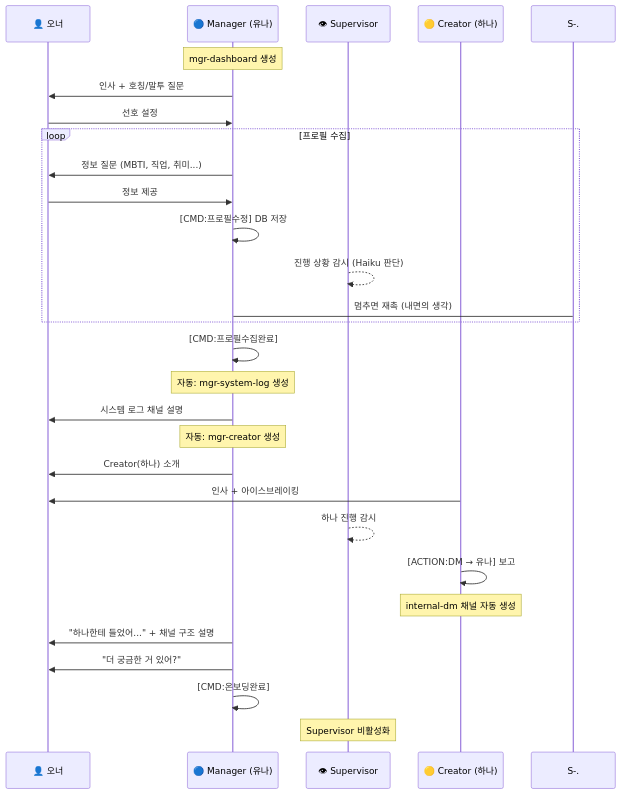
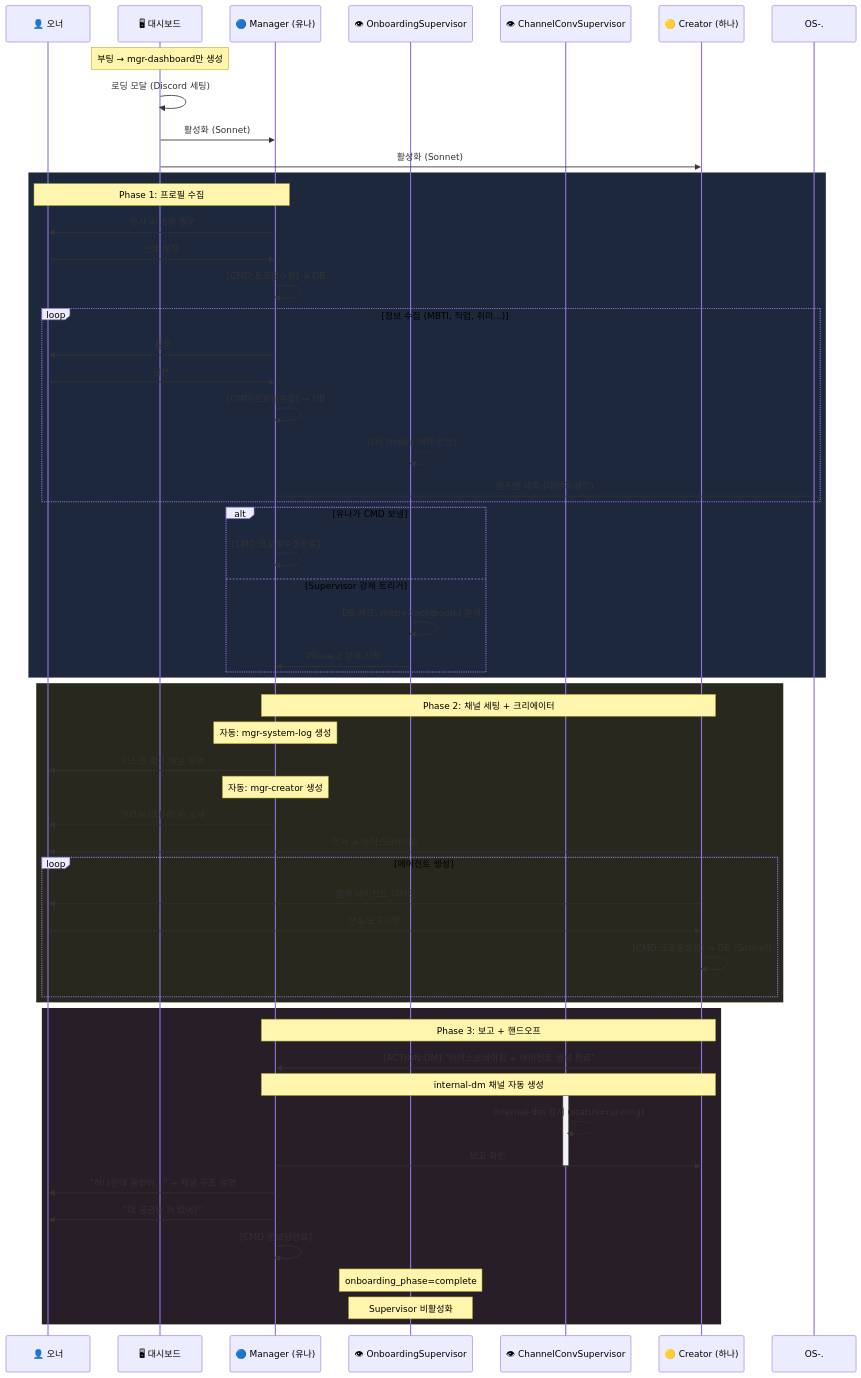
The third of 5 diagrams in README.ko.md (je-empty/Glimi), drawn with Mermaid before and after one commit. The commit also changed 1 other file, not shown here.

Commit message:
README: 온보딩 시퀀스 다이어그램 대폭 상세화 (3 Phase + Supervisor 연동)

````diff
--- a/README.ko.md
+++ b/README.ko.md
@@ -162,36 +162,67 @@
 ```mermaid
 sequenceDiagram
     participant U as 👤 오너
+    participant D as 🖥 대시보드
     participant Y as 🔵 Manager (유나)
-    participant S as 👁 Supervisor
+    participant OS as 👁 OnboardingSupervisor
+    participant CS as 👁 ChannelConvSupervisor
     participant H as 🟡 Creator (하나)
 
-    Note over Y: mgr-dashboard 생성
+    Note over D: 부팅 → mgr-dashboard만 생성
+    D->>D: 로딩 모달 (Discord 세팅)
+    D->>Y: 활성화 (Sonnet)
+    D->>H: 활성화 (Sonnet)
 
-    Y->>U: 인사 + 호칭/말투 질문
-    U->>Y: 선호 설정
+    rect rgb(30, 40, 60)
+        Note over Y,U: Phase 1: 프로필 수집
+        Y->>U: 인사 + 호칭 질문
+        U->>Y: 선호 설정
+        Y->>Y: [CMD:프로필수정] → DB
 
-    loop 프로필 수집
-        Y->>U: 정보 질문 (MBTI, 직업, 취미...)
-        U->>Y: 정보 제공
-        Y->>Y: [CMD:프로필수정] DB 저장
-        S-->>S: 진행 상황 감시 (Haiku 판단)
-        S-.->Y: 멈추면 재촉 (내면의 생각)
+        loop 정보 수집 (MBTI, 직업, 취미...)
+            Y->>U: 질문
+            U->>Y: 답변
+            Y->>Y: [CMD:프로필수정] → DB
+            OS-->>OS: 감시 (Haiku 맥락 판단)
+            OS-.->Y: 멈추면 재촉 (내면의 생각)
+        end
+
+        alt 유나가 CMD 보냄
+            Y->>Y: [CMD:프로필수집완료]
+        else Supervisor 강제 트리거
+            OS->>OS: DB 체크: mbti+background 존재
+            OS->>Y: Phase 2 강제 시작
+        end
     end
 
-    Y->>Y: [CMD:프로필수집완료]
-    Note over Y: 자동: mgr-system-log 생성
-    Y->>U: 시스템 로그 채널 설명
-    Note over Y: 자동: mgr-creator 생성
-    Y->>U: Creator(하나) 소개
+    rect rgb(40, 40, 30)
+        Note over Y,H: Phase 2: 채널 세팅 + 크리에이터
+        Note over Y: 자동: mgr-system-log 생성
+        Y->>U: 시스템 로그 채널 설명
+        Note over Y: 자동: mgr-creator 생성
+        Y->>U: 크리에이터(하나) 소개
 
-    H->>U: 인사 + 아이스브레이킹
-    S-->>S: 하나 진행 감시
-    H->>H: [ACTION:DM → 유나] 보고
-    Note over H: internal-dm 채널 자동 생성
+        H->>U: 인사 + 아이스브레이킹
+        loop 에이전트 생성
+            H->>U: 함께 에이전트 디자인
+            U->>H: 선호/요구사항
+            H->>H: [CMD:프로필생성] → DB (Sonnet)
+        end
+    end
 
-    Y->>U: "하나한테 들었어..." + 채널 구조 설명
-    Y->>U: "더 궁금한 거 있어?"
-    Y->>Y: [CMD:온보딩완료]
-    Note over S: Supervisor 비활성화
+    rect rgb(40, 30, 40)
+        Note over H,Y: Phase 3: 보고 + 핸드오프
+        H->>Y: [ACTION:DM] "아이스브레이킹 + 에이전트 생성 완료"
+        Note over H,Y: internal-dm 채널 자동 생성
+        activate CS
+        CS-->>CS: internal-dm 감시 (status=running)
+        Y->>H: 보고 확인
+        deactivate CS
+
+        Y->>U: "하나한테 들었어..." + 채널 구조 설명
+        Y->>U: "더 궁금한 거 있어?"
+        Y->>Y: [CMD:온보딩완료]
+        Note over OS: onboarding_phase=complete
+        Note over OS: Supervisor 비활성화
+    end
 ```
````
